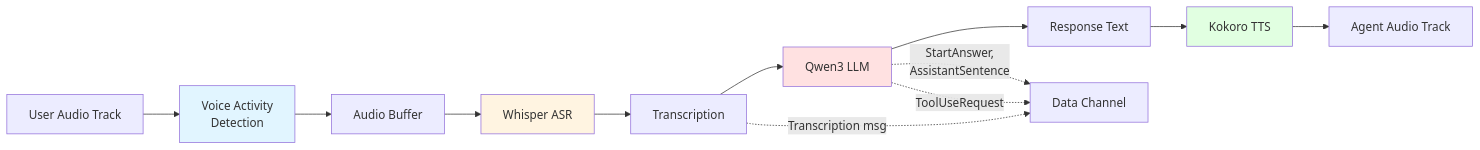
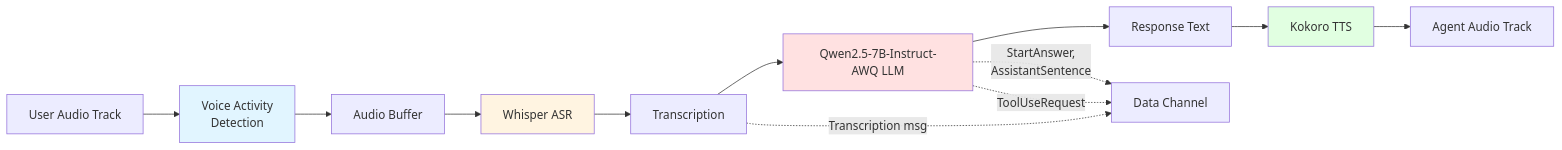
One commit to longregen/alicia changed the third of 5 diagrams in docs/ARCHITECTURE.md. Above: the diagram before and after it, drawn with Mermaid. The commit also changed other lines of this file and 432 other files, not shown here.

````diff
--- a/docs/ARCHITECTURE.md
+++ b/docs/ARCHITECTURE.md
@@ -455,20 +423,20 @@
 ```mermaid
 graph LR
     Audio[User Audio Track] --> VAD[Voice Activity<br/>Detection]
     VAD --> Buffer[Audio Buffer]
     Buffer --> Whisper[Whisper ASR]
     Whisper --> Trans[Transcription]
-    Trans --> Qwen[Qwen3 LLM]
+    Trans --> Qwen[Qwen2.5-7B-Instruct-AWQ LLM]
     Qwen --> Resp[Response Text]
     Resp --> Kokoro[Kokoro TTS]
     Kokoro --> AudioOut[Agent Audio Track]
 
     Trans -.->|Transcription msg| Data[Data Channel]
     Qwen -.->|StartAnswer,<br/>AssistantSentence| Data
     Qwen -.->|ToolUseRequest| Data
 
     style VAD fill:#e1f5ff
     style Whisper fill:#fff4e1
     style Qwen fill:#ffe1e1
     style Kokoro fill:#e1ffe1
 ```
````
